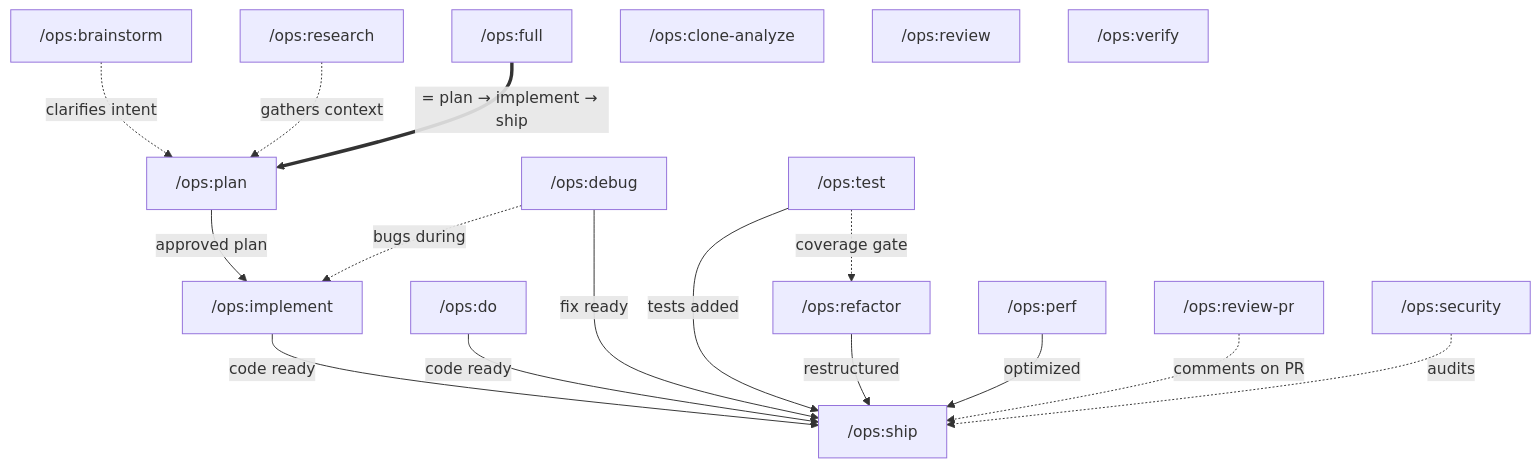
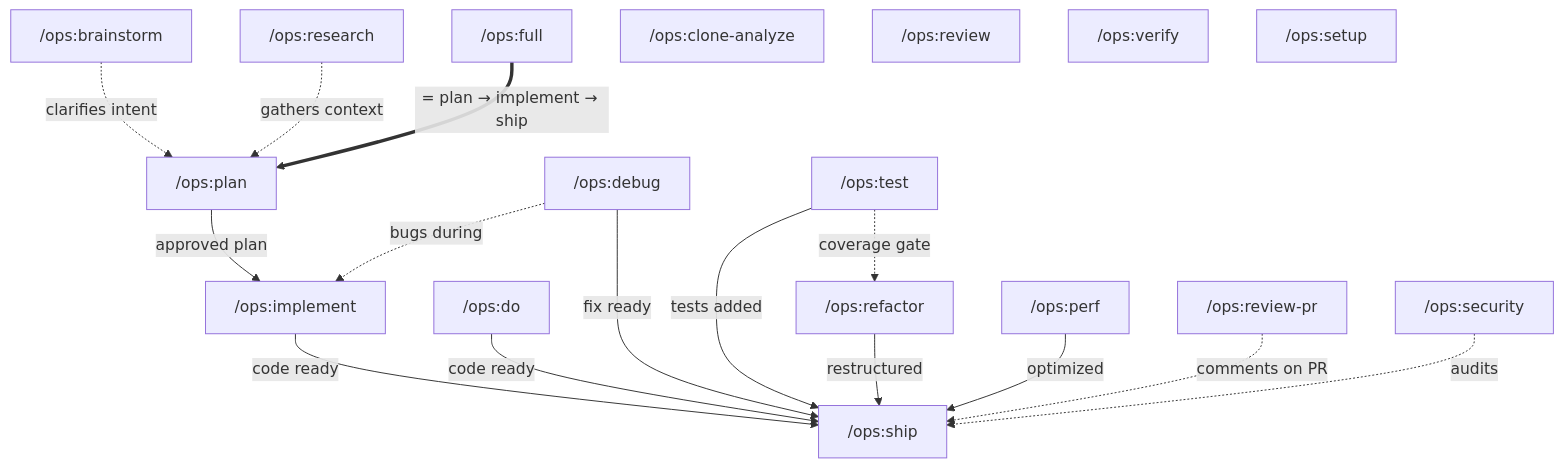
Before and after one commit to gigi206/ops: the first of 15 diagrams in README.md, drawn with Mermaid. The commit also changed other lines of this file and 10 other files, not shown here.

First line of the commit message:
feat: v2.2.0 — /ops:setup skill, qlty integration, semgrep SAST in security-gate

````diff
--- a/README.md
+++ b/README.md
@@ -37,37 +38,38 @@
 ```mermaid
 flowchart TD
     %% Pre-work
     brainstorm["/ops:brainstorm"] -.->|clarifies intent| plan
     research["/ops:research"] -.->|gathers context| plan
 
     %% Main pipeline
     plan["/ops:plan"] -->|approved plan| implement["/ops:implement"]
     implement -->|code ready| ship["/ops:ship"]
 
     %% Full chains the main pipeline
     full["/ops:full"] ==>|"= plan → implement → ship"| plan
 
     %% Lightweight alternative
     do["/ops:do"] -->|code ready| ship
 
     %% Bug fixing
     debug["/ops:debug"] -->|fix ready| ship
     debug -.->|bugs during| implement
 
     %% Testing & refactoring
     test["/ops:test"] -->|tests added| ship
     test -.->|coverage gate| refactor
     refactor["/ops:refactor"] -->|restructured| ship
 
     %% Performance
     perf["/ops:perf"] -->|optimized| ship
 
     %% Reviews & audits
     review-pr["/ops:review-pr"] -.->|comments on PR| ship
     security["/ops:security"] -.->|audits| ship
 
     %% Always active or standalone (no edges — behavioral or independent)
     clone-analyze["/ops:clone-analyze"]
     review["/ops:review"]
     verify["/ops:verify"]
+    setup["/ops:setup"]
 ```
````
